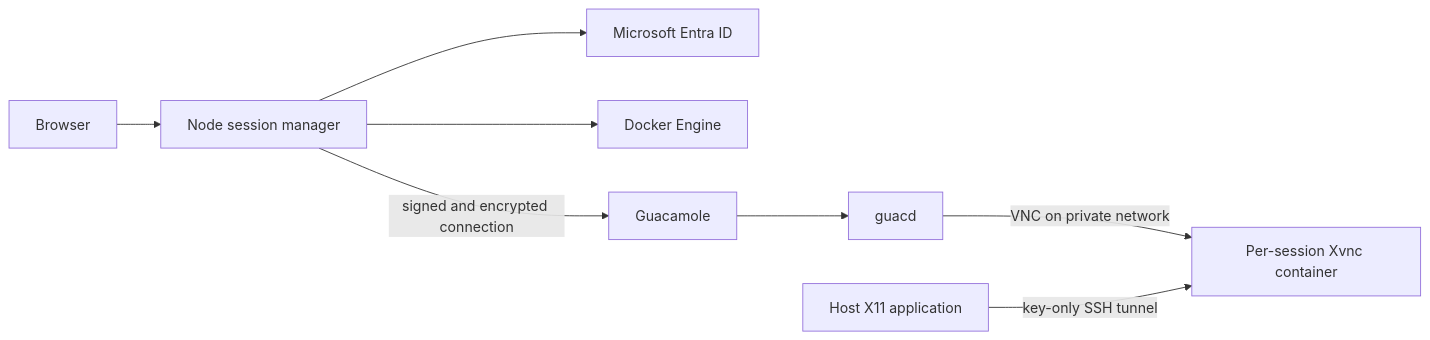
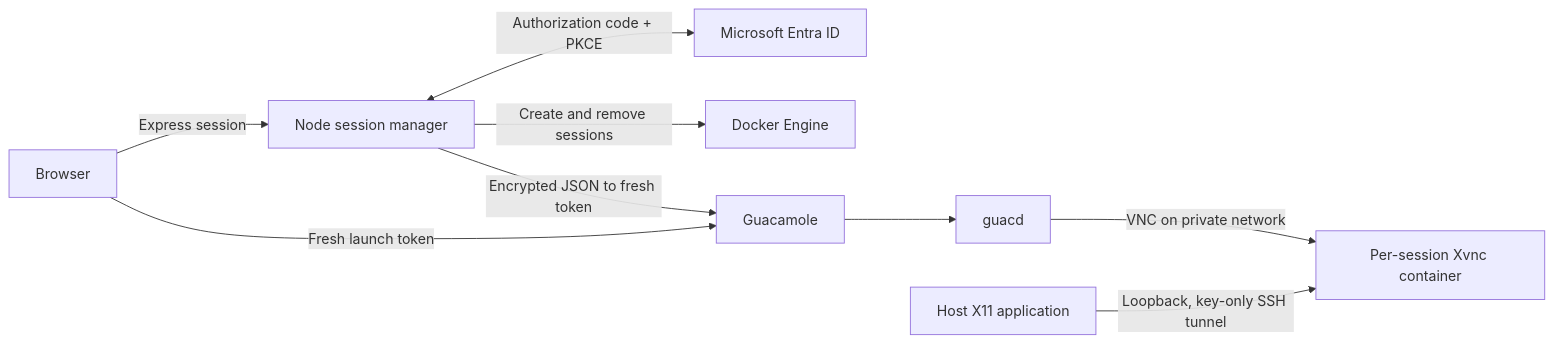
One commit to khowling/x11-to-html changed the diagram in README.md. Above: the diagram before and after it, drawn with Mermaid. The commit also changed other lines of this file and 1 other file, not shown here.

First line of the commit message:
Document Guacamole architecture and security

````diff
--- a/README.md
+++ b/README.md
@@ -9,10 +9,11 @@
 ```mermaid
 flowchart LR
-    B[Browser] --> N[Node session manager]
-    N --> E[Microsoft Entra ID]
-    N --> D[Docker Engine]
-    N -->|signed and encrypted connection| G[Guacamole]
+    B[Browser] -->|Express session| N[Node session manager]
+    N <-->|Authorization code + PKCE| E[Microsoft Entra ID]
+    N -->|Create and remove sessions| D[Docker Engine]
+    N -->|Encrypted JSON to fresh token| G[Guacamole]
+    B -->|Fresh launch token| G
     G --> Q[guacd]
     Q -->|VNC on private network| X[Per-session Xvnc container]
-    H[Host X11 application] -->|key-only SSH tunnel| X
+    H[Host X11 application] -->|Loopback, key-only SSH tunnel| X
 ```
````
